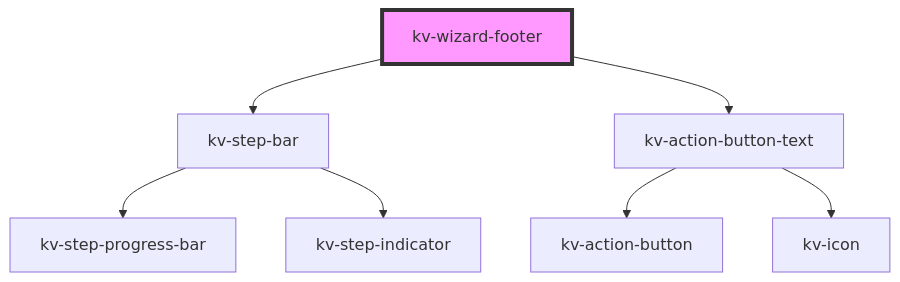
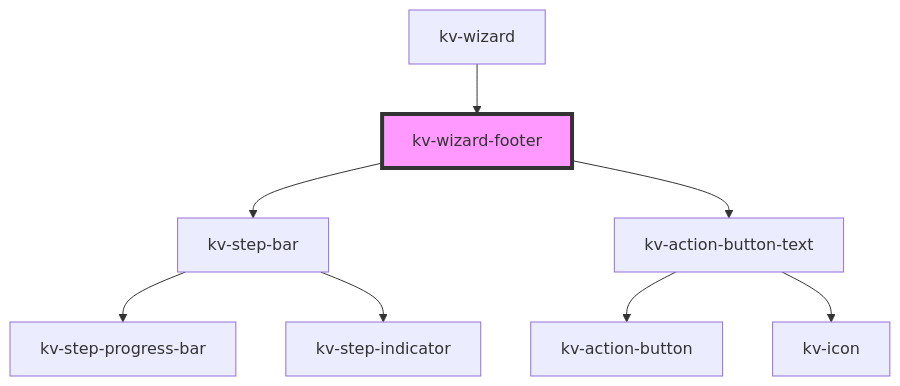
The diagram in packages/ui-components/src/components/wizard-footer/readme.md (kelvininc/ui-components), drawn with Mermaid before and after one commit. The commit also changed other lines of this file and 15 other files, not shown here.

````diff
--- a/packages/ui-components/src/components/wizard-footer/readme.md
+++ b/packages/ui-components/src/components/wizard-footer/readme.md
@@ -151,10 +155,11 @@
 ```mermaid
 graph TD;
   kv-wizard-footer --> kv-step-bar
   kv-wizard-footer --> kv-action-button-text
   kv-step-bar --> kv-step-progress-bar
   kv-step-bar --> kv-step-indicator
   kv-action-button-text --> kv-action-button
   kv-action-button-text --> kv-icon
+  kv-wizard --> kv-wizard-footer
   style kv-wizard-footer fill:#f9f,stroke:#333,stroke-width:4px
 ```
````
